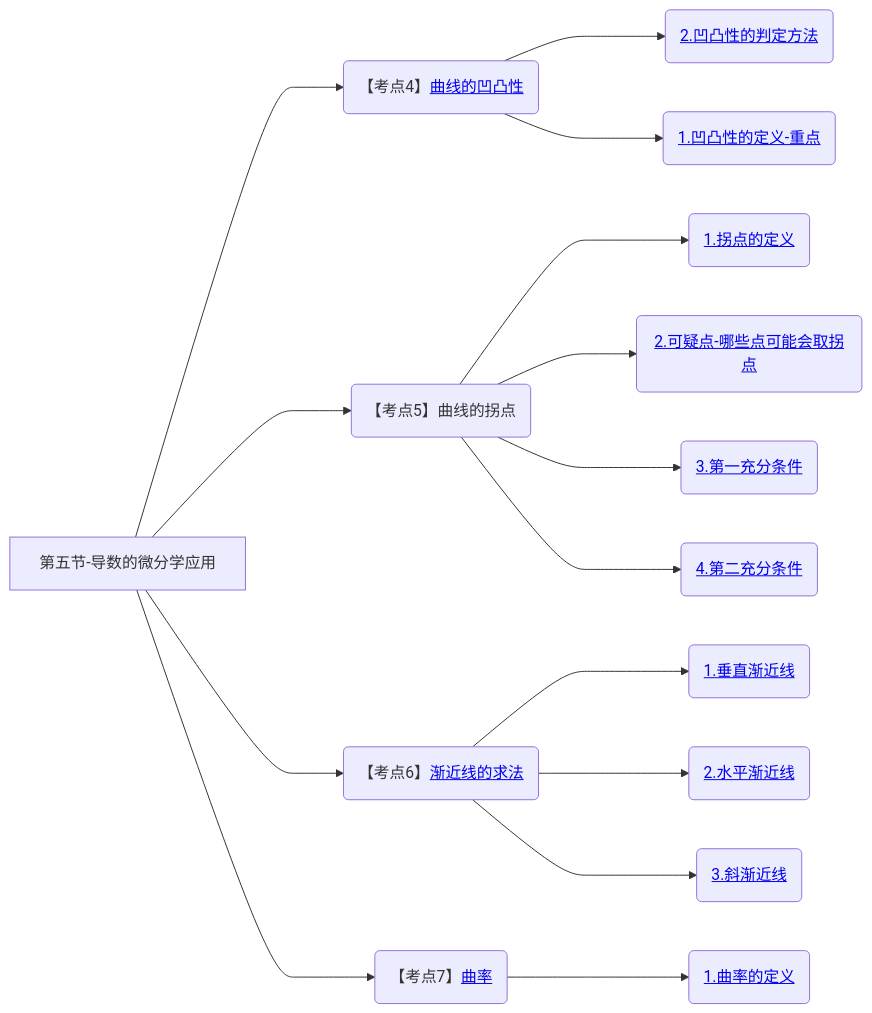
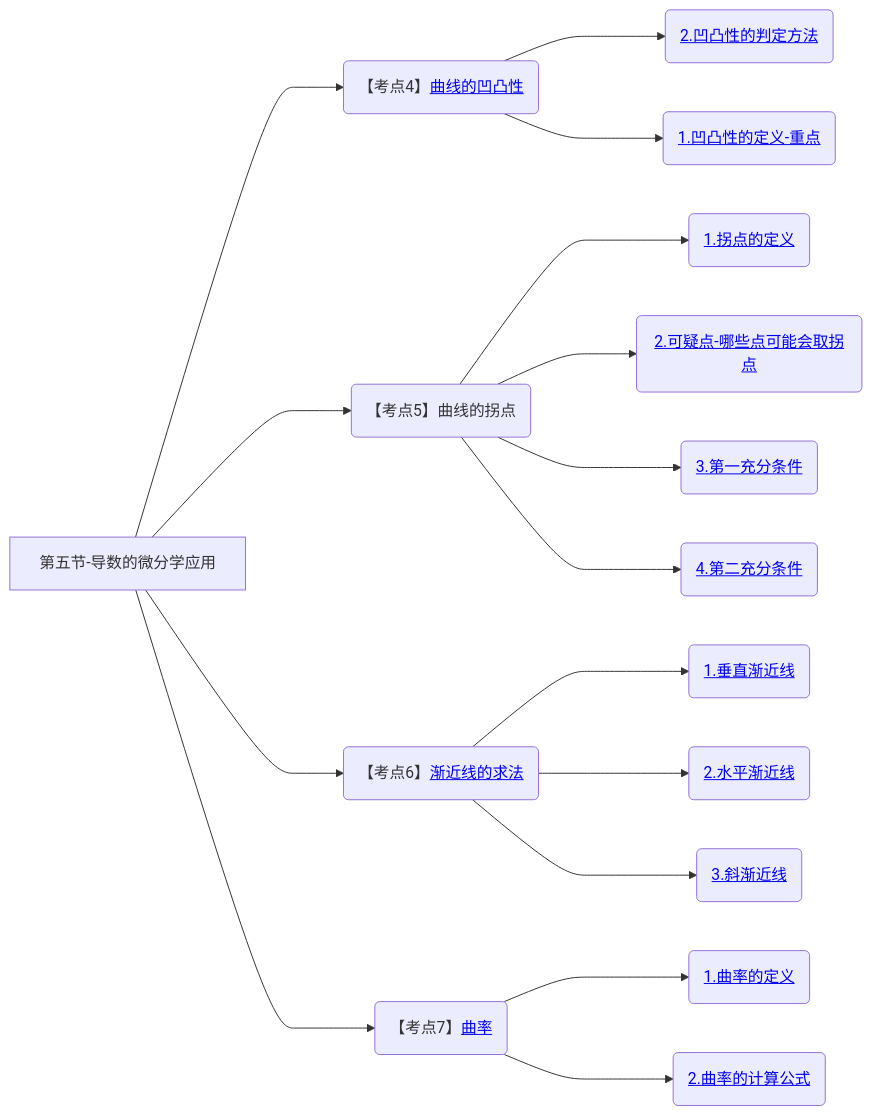
Before and after one commit to yuebinghui/note: diagram 16 of 16 in 笔记/数学/周洋鑫/01.基础班思维导图.md, drawn with Mermaid. The commit also changed 5 other files, not shown here.

````diff
--- a/笔记/数学/周洋鑫/01.基础班思维导图.md
+++ b/笔记/数学/周洋鑫/01.基础班思维导图.md
@@ -566,23 +566,24 @@
 ```mermaid
 graph LR
 第五节-导数的微分学应用
 
 
 第五节-导数的微分学应用--->曲线的凹凸性(【考点4】<a href="/Users/yuebinghui/Documents/program/github/note/笔记/数学/周洋鑫/基础班/17.导数的微分学应用_3.md#曲线的凹凸性">曲线的凹凸性</>)
 曲线的凹凸性--->2.凹凸性的判定方法(<a href="/Users/yuebinghui/Documents/program/github/note/笔记/数学/周洋鑫/基础班/17.导数的微分学应用_3.md#2.凹凸性的判定方法">2.凹凸性的判定方法</>)
 曲线的凹凸性--->1.凹凸性的定义-重点(<a href="/Users/yuebinghui/Documents/program/github/note/笔记/数学/周洋鑫/基础班/17.导数的微分学应用_3.md#1.凹凸性的定义-重点">1.凹凸性的定义-重点</>)
 
 第五节-导数的微分学应用--->曲线的拐点(【考点5】曲线的拐点)
 曲线的拐点--->1.拐点的定义(<a href="/Users/yuebinghui/Documents/program/github/note/笔记/数学/周洋鑫/基础班/17.导数的微分学应用_3.md#1.拐点的定义">1.拐点的定义</>)
 曲线的拐点--->2.可疑点-哪些点可能会取拐点(<a href="/Users/yuebinghui/Documents/program/github/note/笔记/数学/周洋鑫/基础班/17.导数的微分学应用_3.md#2.可疑点-哪些点可能会取拐点">2.可疑点-哪些点可能会取拐点</>)
 曲线的拐点--->3.第一充分条件(<a href="/Users/yuebinghui/Documents/program/github/note/笔记/数学/周洋鑫/基础班/17.导数的微分学应用_3.md#3.第一充分条件">3.第一充分条件</>)
 曲线的拐点--->4.第二充分条件(<a href="/Users/yuebinghui/Documents/program/github/note/笔记/数学/周洋鑫/基础班/17.导数的微分学应用_3.md#4.第二充分条件">4.第二充分条件</>)
 
 第五节-导数的微分学应用--->渐近线的求法(【考点6】<a href="/Users/yuebinghui/Documents/program/github/note/笔记/数学/周洋鑫/基础班/17.导数的微分学应用_3.md#渐近线的求法">渐近线的求法</>)
 渐近线的求法--->1.垂直渐近线(<a href="/Users/yuebinghui/Documents/program/github/note/笔记/数学/周洋鑫/基础班/17.导数的微分学应用_3.md#1.垂直渐近线">1.垂直渐近线</>)
 渐近线的求法--->2.水平渐近线(<a href="/Users/yuebinghui/Documents/program/github/note/笔记/数学/周洋鑫/基础班/17.导数的微分学应用_3.md#2.水平渐近线">2.水平渐近线</>)
 渐近线的求法--->3.斜渐近线(<a href="/Users/yuebinghui/Documents/program/github/note/笔记/数学/周洋鑫/基础班/17.导数的微分学应用_3.md#3.斜渐近线">3.斜渐近线</>)
 
 第五节-导数的微分学应用--->曲率(【考点7】<a href="/Users/yuebinghui/Documents/program/github/note/笔记/数学/周洋鑫/基础班/17.导数的微分学应用_3.md#曲率">曲率</>)
 曲率--->1.曲率的定义(<a href="/Users/yuebinghui/Documents/program/github/note/笔记/数学/周洋鑫/基础班/17.导数的微分学应用_3.md#1.曲率的定义">1.曲率的定义</>)
+曲率--->2.曲率的计算公式(<a href="/Users/yuebinghui/Documents/program/github/note/笔记/数学/周洋鑫/基础班/17.导数的微分学应用_3.md#2.曲率的计算公式">2.曲率的计算公式</>)
 ```
````
